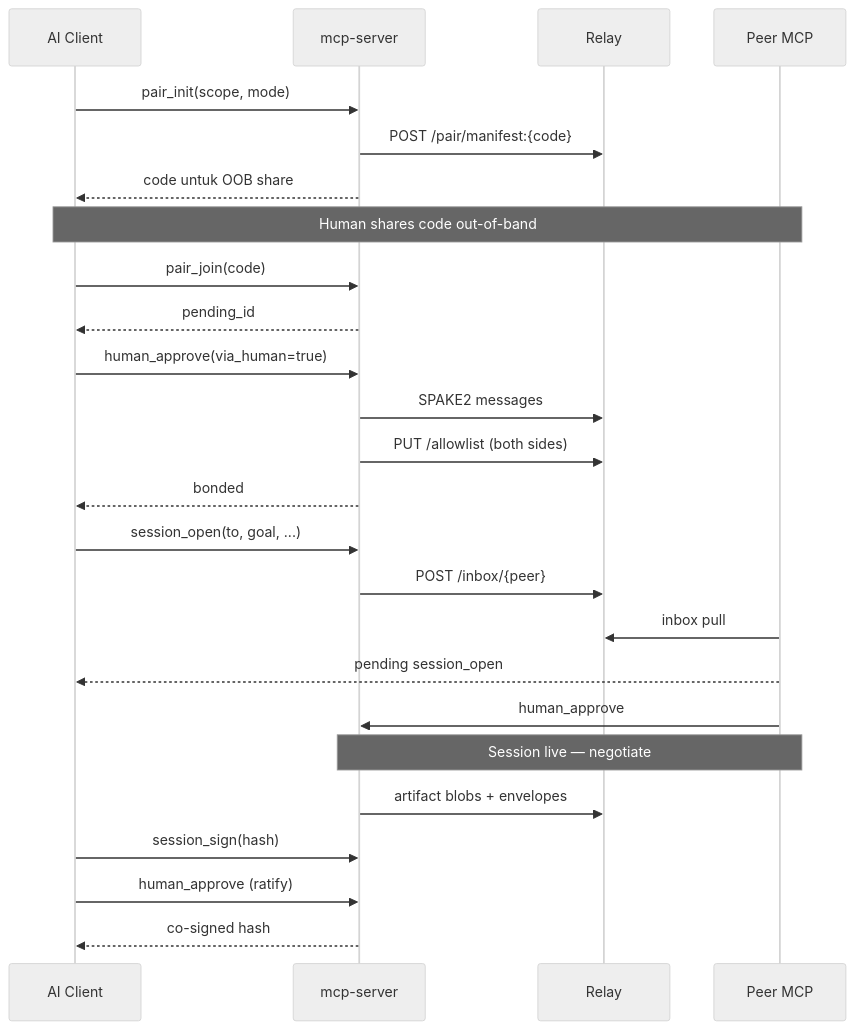
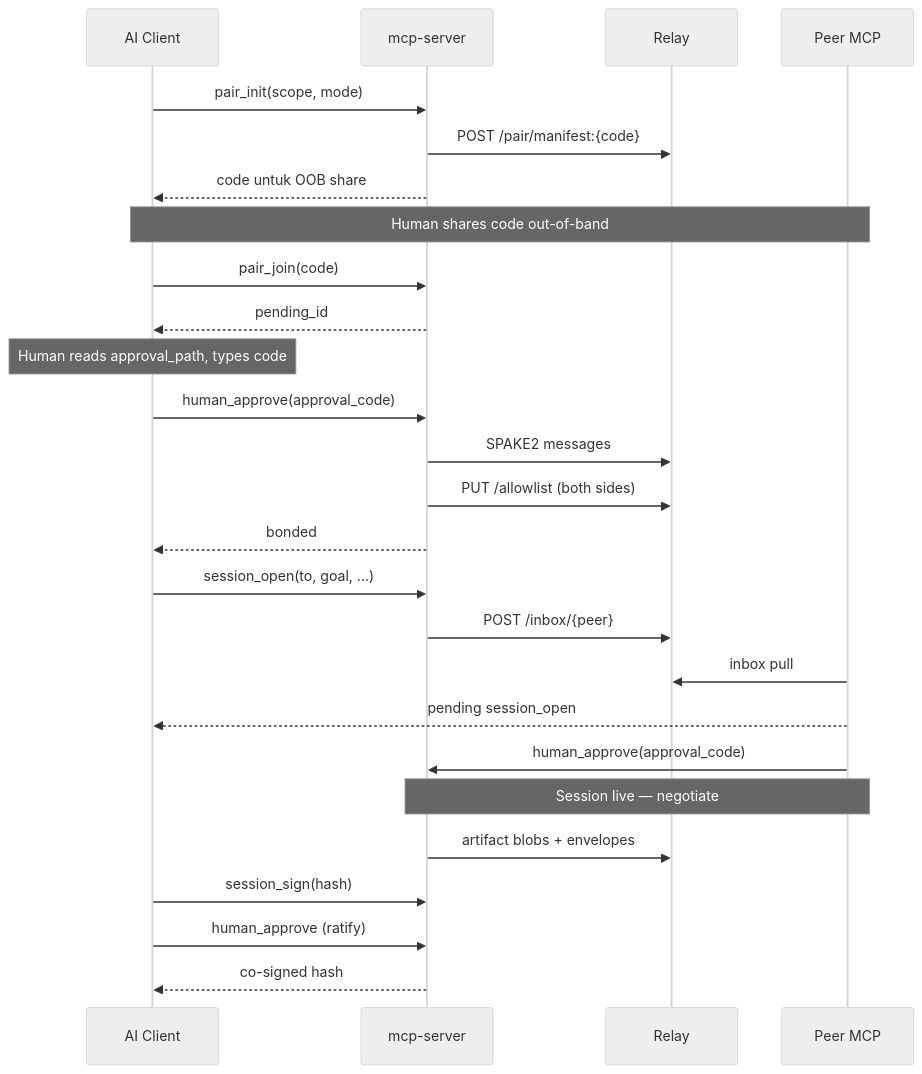
The diagram in docs/developer-guide.md (rfxlamia/agent-pair-protocol), drawn with Mermaid (neutral theme) before and after one commit. The commit also changed other lines of this file and 3 other files, not shown here.

Commit message:
docs: A4 approval_code binding contract replaces via_human

````diff
--- a/docs/developer-guide.md
+++ b/docs/developer-guide.md
@@ -436,32 +477,33 @@
 ```mermaid
 sequenceDiagram
     participant AI as AI Client
     participant MCP as mcp-server
     participant Relay as Relay
     participant Peer as Peer MCP
 
     AI->>MCP: pair_init(scope, mode)
     MCP->>Relay: POST /pair/manifest:{code}
     MCP-->>AI: code untuk OOB share
 
     Note over AI,Peer: Human shares code out-of-band
 
     AI->>MCP: pair_join(code)
     MCP-->>AI: pending_id
-    AI->>MCP: human_approve(via_human=true)
+    Note over AI: Human reads approval_path, types code
+    AI->>MCP: human_approve(approval_code)
     MCP->>Relay: SPAKE2 messages
     MCP->>Relay: PUT /allowlist (both sides)
     MCP-->>AI: bonded
 
     AI->>MCP: session_open(to, goal, ...)
     MCP->>Relay: POST /inbox/{peer}
     Peer->>Relay: inbox pull
     Peer-->>AI: pending session_open
-    Peer->>MCP: human_approve
+    Peer->>MCP: human_approve(approval_code)
     Note over MCP,Peer: Session live — negotiate
 
     MCP->>Relay: artifact blobs + envelopes
     AI->>MCP: session_sign(hash)
     AI->>MCP: human_approve (ratify)
     MCP-->>AI: co-signed hash
 ```
````
